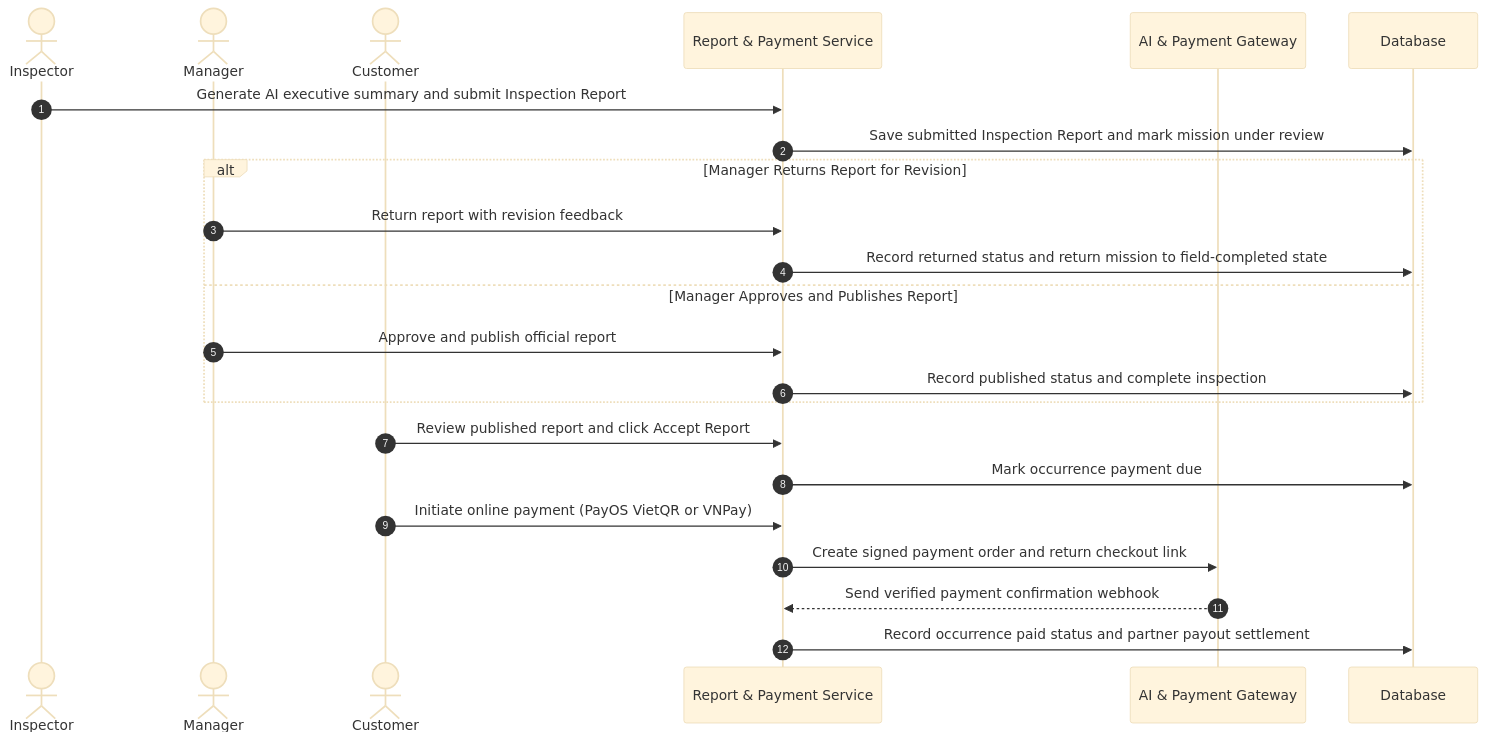
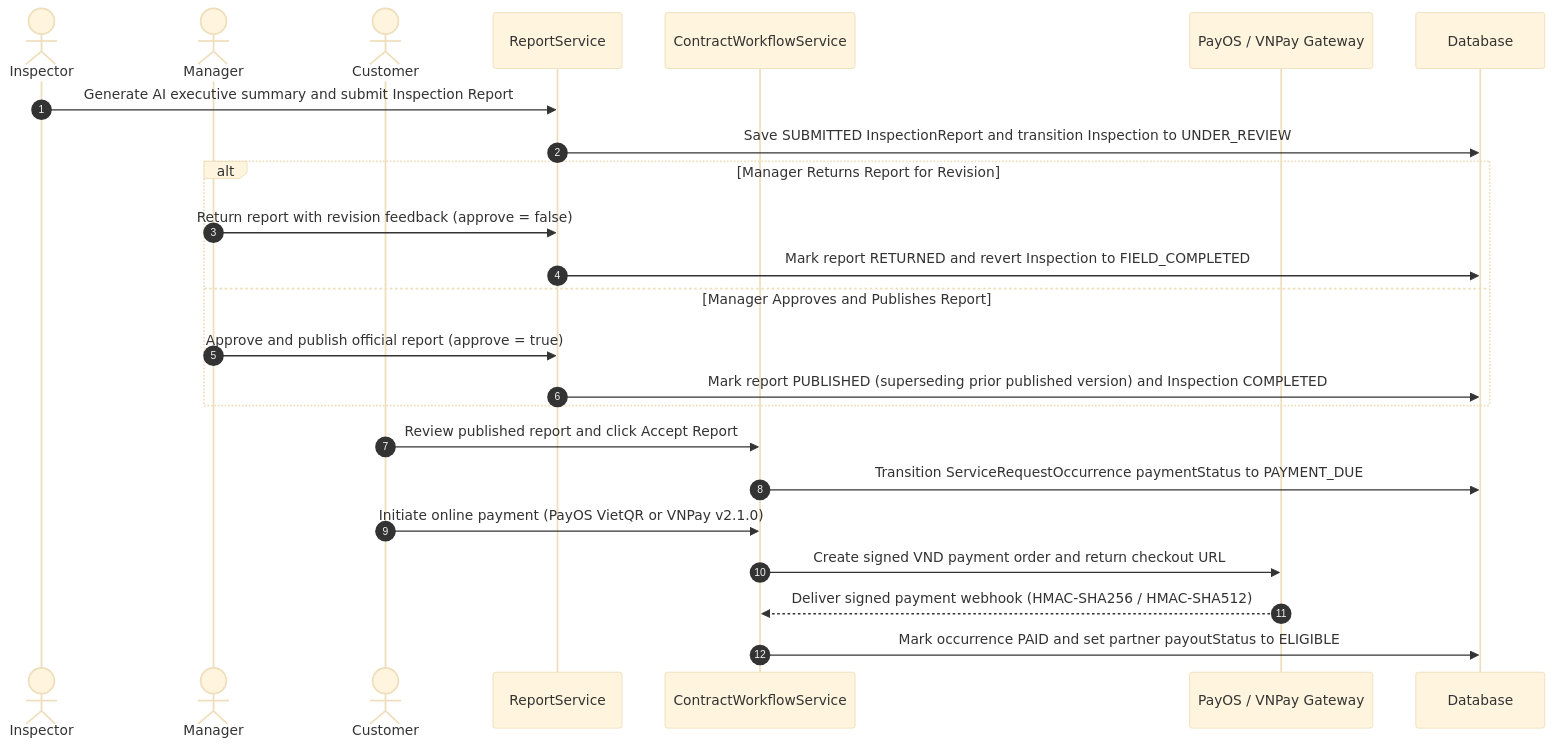
Diagram 17 of 23 in reports/report-4-software-design-document/03-detailed-design.md (tungbach12/SmartDroneInspection-Docs), drawn with Mermaid (base theme) before and after one commit. The commit also changed other lines of this file and 101 other files, not shown here.

````diff
--- a/reports/report-4-software-design-document/03-detailed-design.md
+++ b/reports/report-4-software-design-document/03-detailed-design.md
@@ -730,29 +830,30 @@
 ```mermaid
 %% title: FE-06 Report Compilation, Publication and Online Payment Sequence Diagram
 sequenceDiagram
   autonumber
   actor Insp as Inspector
   actor Mgr as Manager
   actor Cust as Customer
-  participant Svc as Report & Payment Service
-  participant Ext as AI & Payment Gateway
+  participant RepSvc as ReportService
+  participant ContractSvc as ContractWorkflowService
+  participant PayGW as PayOS / VNPay Gateway
   participant DB as Database
 
-  Insp->>Svc: Generate AI executive summary and submit Inspection Report
-  Svc->>DB: Save submitted Inspection Report and mark mission under review
+  Insp->>RepSvc: Generate AI executive summary and submit Inspection Report
+  RepSvc->>DB: Save SUBMITTED InspectionReport and transition Inspection to UNDER_REVIEW
 
   alt Manager Returns Report for Revision
-    Mgr->>Svc: Return report with revision feedback
-    Svc->>DB: Record returned status and return mission to field-completed state
+    Mgr->>RepSvc: Return report with revision feedback (approve = false)
+    RepSvc->>DB: Mark report RETURNED and revert Inspection to FIELD_COMPLETED
   else Manager Approves and Publishes Report
-    Mgr->>Svc: Approve and publish official report
-    Svc->>DB: Record published status and complete inspection
+    Mgr->>RepSvc: Approve and publish official report (approve = true)
+    RepSvc->>DB: Mark report PUBLISHED (superseding prior published version) and Inspection COMPLETED
   end
 
-  Cust->>Svc: Review published report and click Accept Report
-  Svc->>DB: Mark occurrence payment due
-  Cust->>Svc: Initiate online payment (PayOS VietQR or VNPay)
-  Svc->>Ext: Create signed payment order and return checkout link
-  Ext-->>Svc: Send verified payment confirmation webhook
-  Svc->>DB: Record occurrence paid status and partner payout settlement
+  Cust->>ContractSvc: Review published report and click Accept Report
+  ContractSvc->>DB: Transition ServiceRequestOccurrence paymentStatus to PAYMENT_DUE
+  Cust->>ContractSvc: Initiate online payment (PayOS VietQR or VNPay v2.1.0)
+  ContractSvc->>PayGW: Create signed VND payment order and return checkout URL
+  PayGW-->>ContractSvc: Deliver signed payment webhook (HMAC-SHA256 / HMAC-SHA512)
+  ContractSvc->>DB: Mark occurrence PAID and set partner payoutStatus to ELIGIBLE
 ```
````
